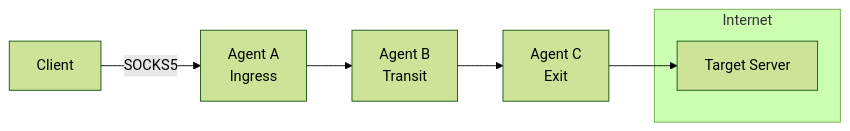
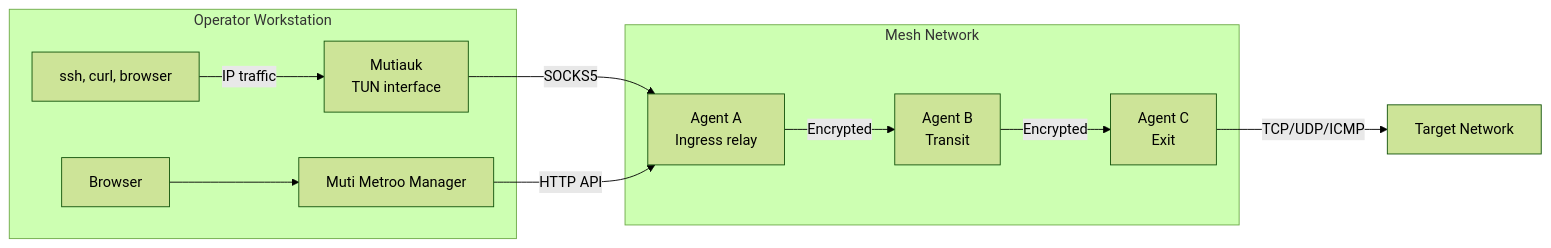
The first of 3 diagrams in user-manual/src/01-introduction.md (Muti-Metroo/Muti-Metroo), drawn with Mermaid (forest theme) before and after one commit. The commit also changed other lines of this file and 36 other files, not shown here.

First line of the commit message:
docs: present Mutiauk as the operator entry point of the suite

````diff
--- a/user-manual/src/01-introduction.md
+++ b/user-manual/src/01-introduction.md
@@ -9,11 +13,16 @@
 ```mermaid
 flowchart LR
-    subgraph Internet
-        Server[Target Server]
+    subgraph WS[Operator Workstation]
+        Apps[ssh, curl, browser] -->|IP traffic| Mutiauk[Mutiauk<br/>TUN interface]
+        Browser[Browser] --> Manager[Muti Metroo Manager]
     end
 
-    Client[Client] -->|SOCKS5| A[Agent A<br/>Ingress]
-    A --> B[Agent B<br/>Transit]
-    B --> C[Agent C<br/>Exit]
-    C --> Server
+    subgraph Mesh[Mesh Network]
+        Ingress[Agent A<br/>Ingress relay] -->|Encrypted| Transit[Agent B<br/>Transit]
+        Transit -->|Encrypted| Exit[Agent C<br/>Exit]
+    end
+
+    Mutiauk -->|SOCKS5| Ingress
+    Manager -->|HTTP API| Ingress
+    Exit -->|TCP/UDP/ICMP| Target[Target Network]
 ```
````
